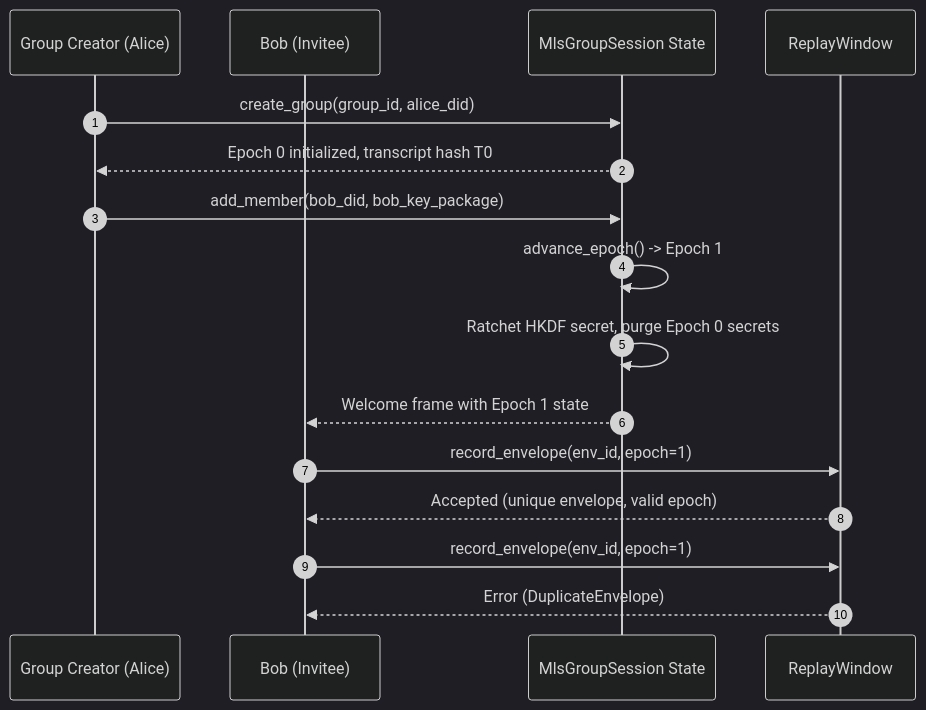
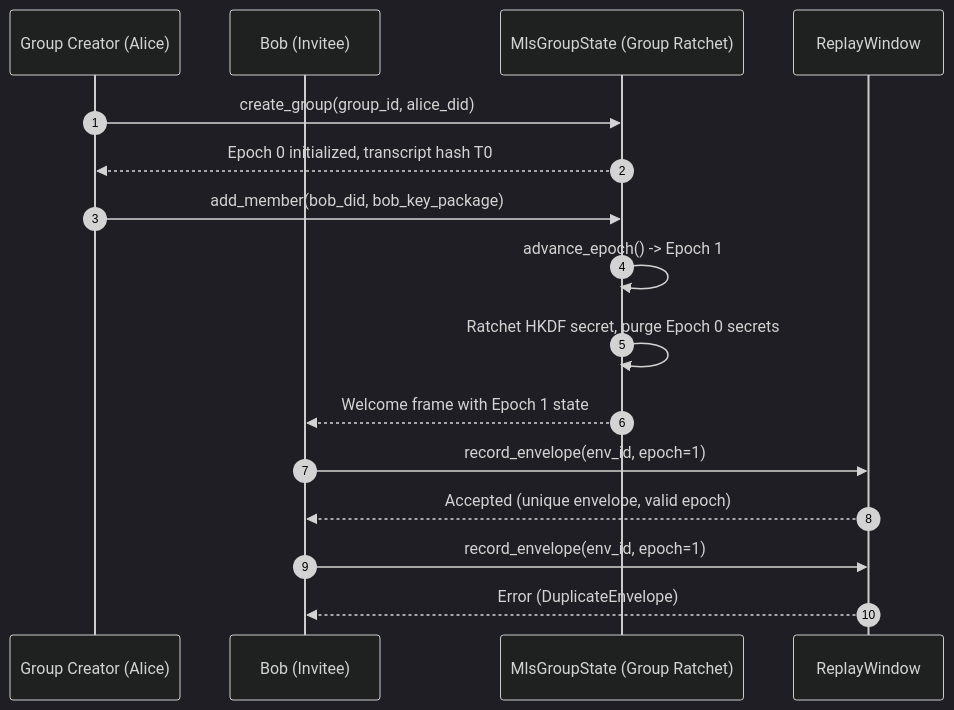
Before and after one commit to alfonsodg/sonaraim-protocol: the third of 5 diagrams in docs/DIAGRAMS.md, drawn with Mermaid (dark theme). The commit also changed other lines of this file and 3 other files, not shown here.

````diff
--- a/docs/DIAGRAMS.md
+++ b/docs/DIAGRAMS.md
@@ -50,19 +50,19 @@
 ```mermaid
 sequenceDiagram
     autonumber
     participant G as Group Creator (Alice)
     participant B as Bob (Invitee)
-    participant S as MlsGroupSession State
+    participant S as MlsGroupState (Group Ratchet)
     participant R as ReplayWindow
 
     G->>S: create_group(group_id, alice_did)
     S-->>G: Epoch 0 initialized, transcript hash T0
     G->>S: add_member(bob_did, bob_key_package)
     S->>S: advance_epoch() -> Epoch 1
     S->>S: Ratchet HKDF secret, purge Epoch 0 secrets
     S-->>B: Welcome frame with Epoch 1 state
     B->>R: record_envelope(env_id, epoch=1)
     R-->>B: Accepted (unique envelope, valid epoch)
     B->>R: record_envelope(env_id, epoch=1)
     R-->>B: Error (DuplicateEnvelope)
 ```
````
